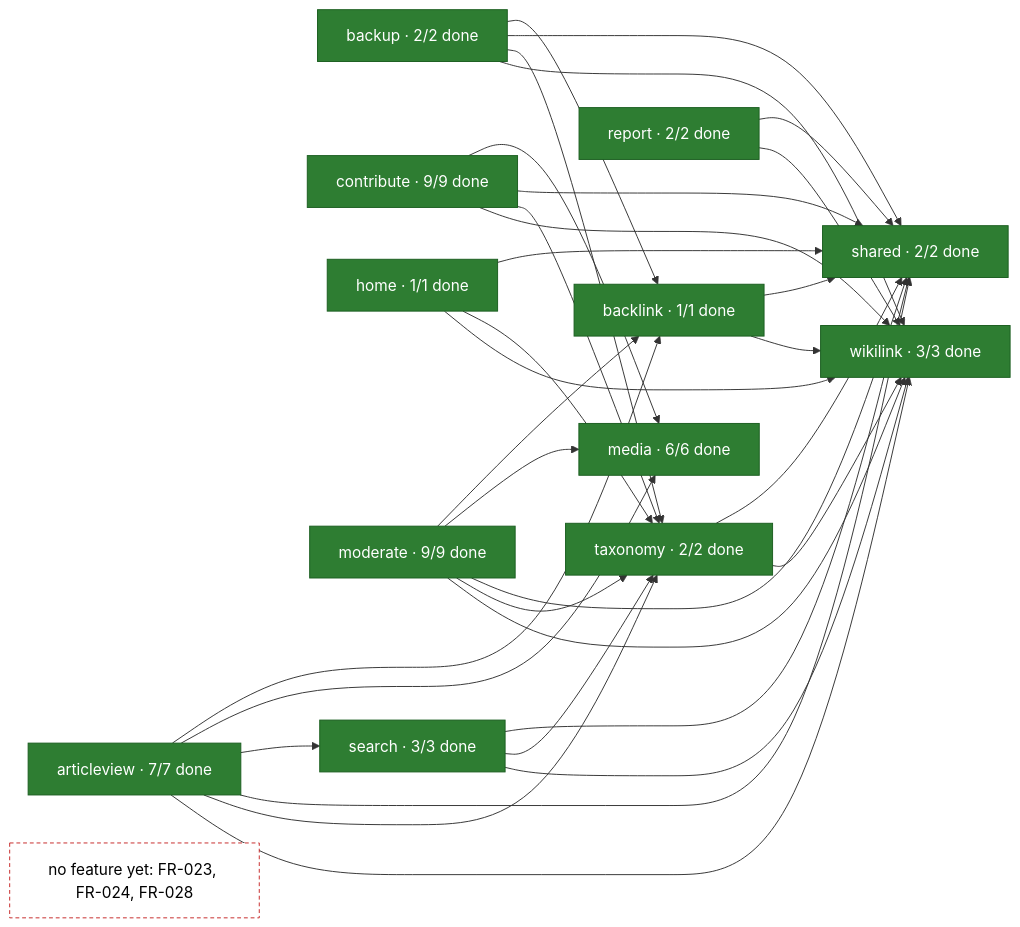
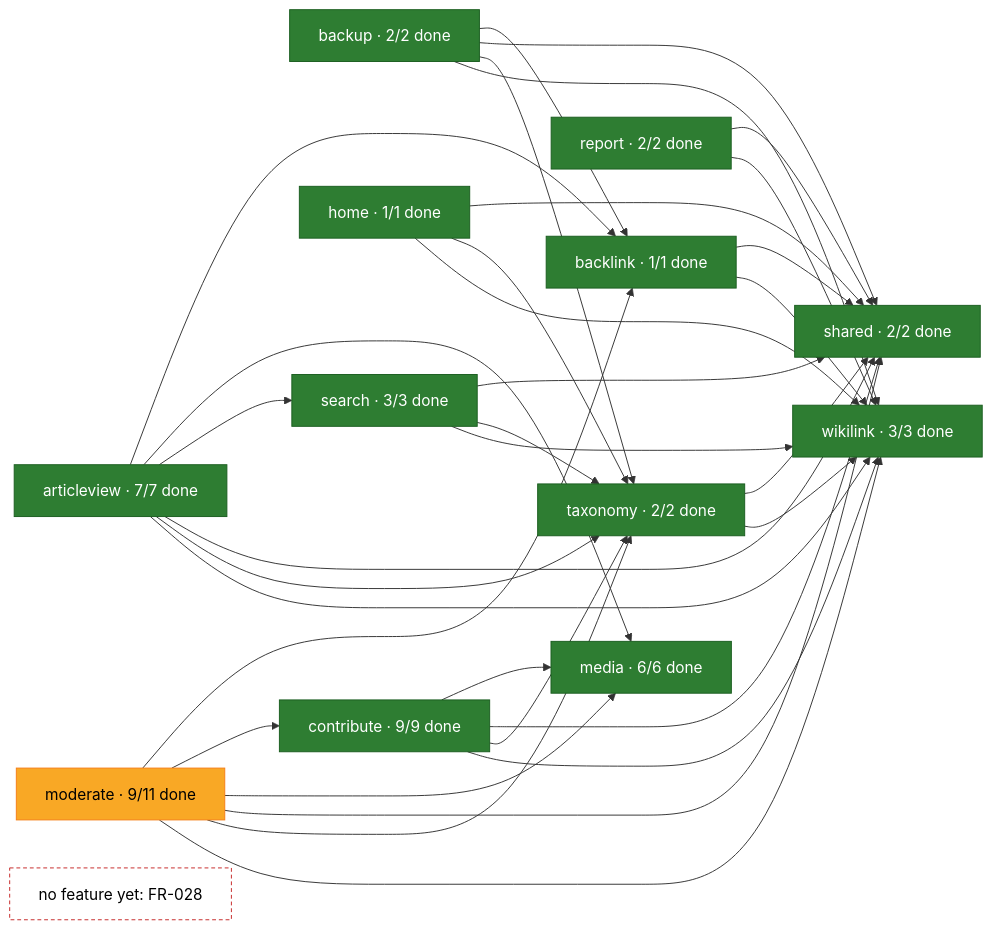
One commit to rikire/Exchange-Student-Guide-Platform changed the second of 2 diagrams in docs/gap-list.md. Above: the diagram before and after it, drawn with Mermaid. The commit also changed other lines of this file and 27 other files, not shown here.

````diff
--- a/docs/gap-list.md
+++ b/docs/gap-list.md
@@ -24,51 +24,52 @@
 ```mermaid
 flowchart LR
     articleview["articleview · 7/7 done"]:::done
     backlink["backlink · 1/1 done"]:::done
     backup["backup · 2/2 done"]:::done
     contribute["contribute · 9/9 done"]:::done
     home["home · 1/1 done"]:::done
     media["media · 6/6 done"]:::done
-    moderate["moderate · 9/9 done"]:::done
+    moderate["moderate · 9/11 done"]:::partial
     report["report · 2/2 done"]:::done
     search["search · 3/3 done"]:::done
     shared["shared · 2/2 done"]:::done
     taxonomy["taxonomy · 2/2 done"]:::done
     wikilink["wikilink · 3/3 done"]:::done
-    unmapped["no feature yet: FR-023, FR-024, FR-028"]:::unmapped
+    unmapped["no feature yet: FR-028"]:::unmapped
     articleview --> backlink
     articleview --> media
     articleview --> search
     articleview --> shared
     articleview --> taxonomy
     articleview --> wikilink
     backlink --> shared
     backlink --> wikilink
     backup --> backlink
     backup --> shared
     backup --> taxonomy
     backup --> wikilink
     contribute --> media
     contribute --> shared
     contribute --> taxonomy
     contribute --> wikilink
     home --> shared
     home --> taxonomy
     home --> wikilink
     moderate --> backlink
+    moderate --> contribute
     moderate --> media
     moderate --> shared
     moderate --> taxonomy
     moderate --> wikilink
     report --> shared
     report --> wikilink
     search --> shared
     search --> taxonomy
     search --> wikilink
     taxonomy --> shared
     taxonomy --> wikilink
     classDef done fill:#2e7d32,stroke:#1b5e20,color:#ffffff
     classDef partial fill:#f9a825,stroke:#f57f17,color:#000000
     classDef none fill:#e0e0e0,stroke:#9e9e9e,color:#000000
     classDef unmapped fill:#ffffff,stroke:#c62828,stroke-dasharray:4 3,color:#000000
 ```
````
